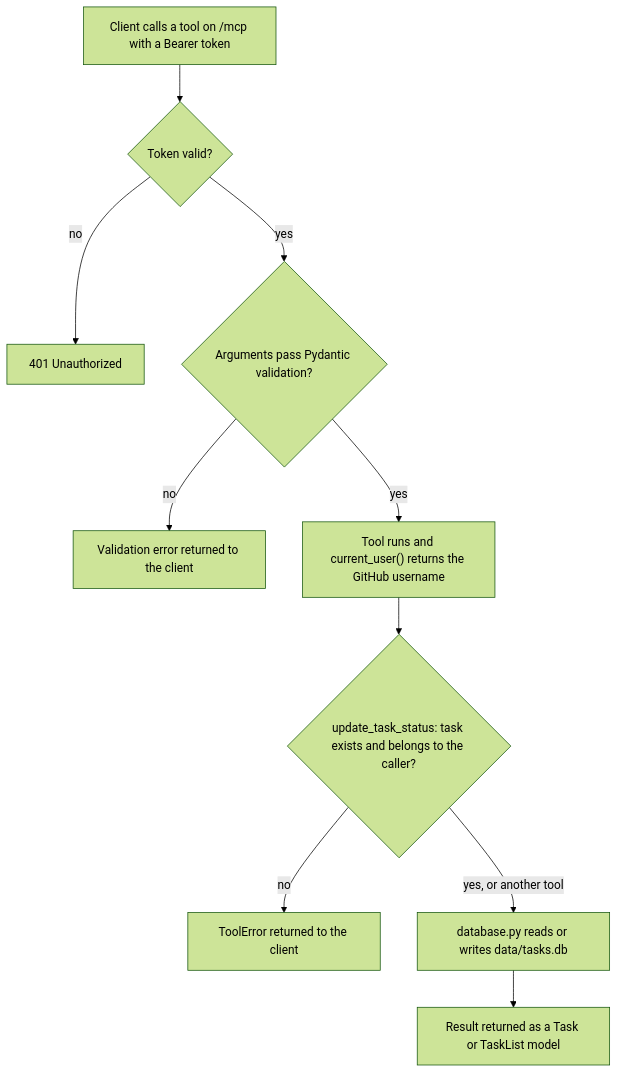
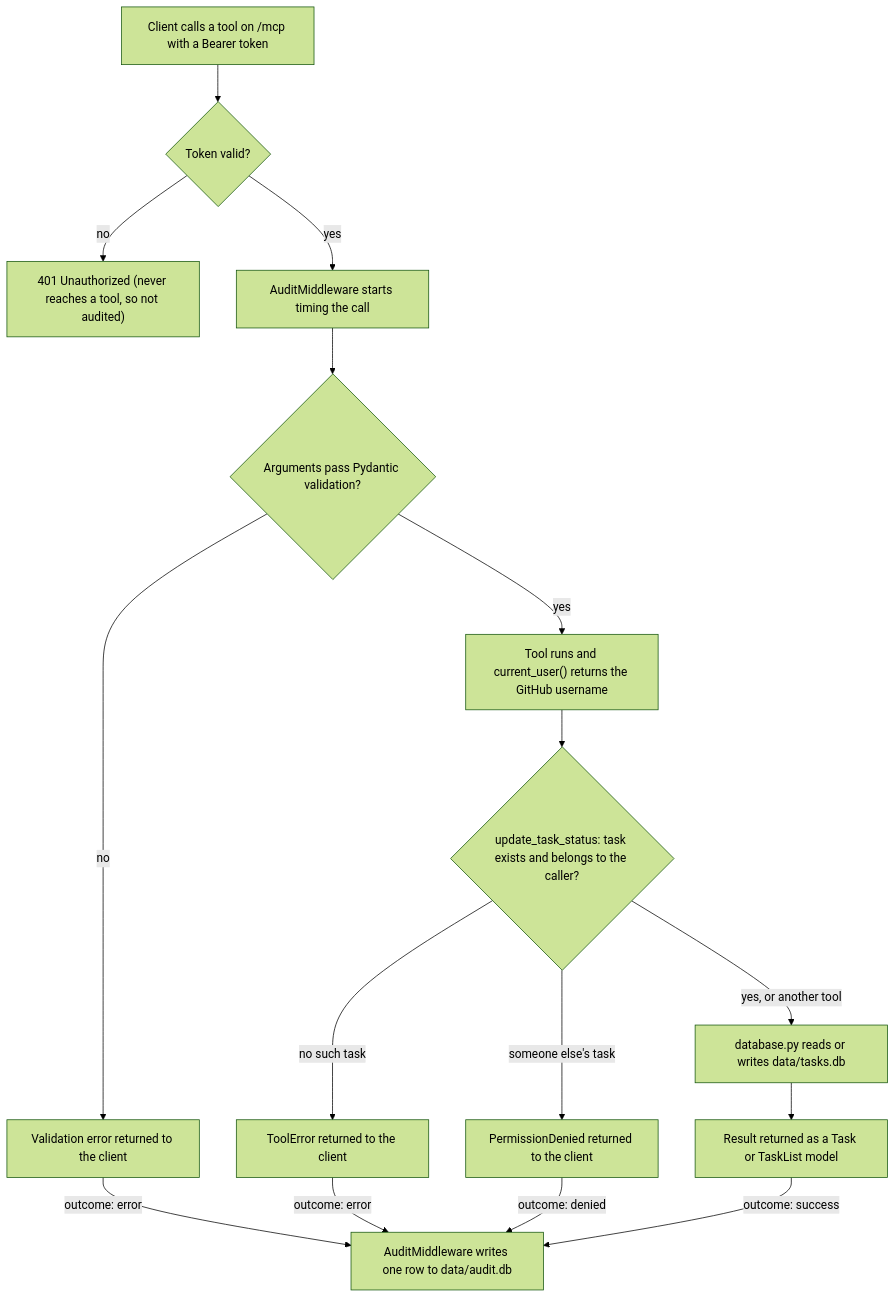
One commit to rajat-relkar/Crewboard-MCP-Server changed the second of 2 diagrams in README.md. Above: the diagram before and after it, drawn with Mermaid (forest theme). The commit also changed other lines of this file and 2 other files, not shown here.

First line of the commit message:
Add append-only audit log and narrow GitHub scope to read:user

````diff
--- a/README.md
+++ b/README.md
@@ -93,12 +96,18 @@
 ```mermaid
 flowchart TD
     A["Client calls a tool on /mcp with a Bearer token"] --> B{"Token valid?"}
-    B -- "no" --> E1["401 Unauthorized"]
-    B -- "yes" --> C{"Arguments pass Pydantic validation?"}
+    B -- "no" --> E1["401 Unauthorized (never reaches a tool, so not audited)"]
+    B -- "yes" --> M["AuditMiddleware starts timing the call"]
+    M --> C{"Arguments pass Pydantic validation?"}
     C -- "no" --> E2["Validation error returned to the client"]
     C -- "yes" --> D["Tool runs and current_user() returns the GitHub username"]
     D --> F{"update_task_status: task exists and belongs to the caller?"}
-    F -- "no" --> E3["ToolError returned to the client"]
+    F -- "no such task" --> E3["ToolError returned to the client"]
+    F -- "someone else's task" --> E4["PermissionDenied returned to the client"]
     F -- "yes, or another tool" --> G["database.py reads or writes data/tasks.db"]
     G --> H["Result returned as a Task or TaskList model"]
+    E2 -- "outcome: error" --> L["AuditMiddleware writes one row to data/audit.db"]
+    E3 -- "outcome: error" --> L
+    E4 -- "outcome: denied" --> L
+    H -- "outcome: success" --> L
 ```
````
